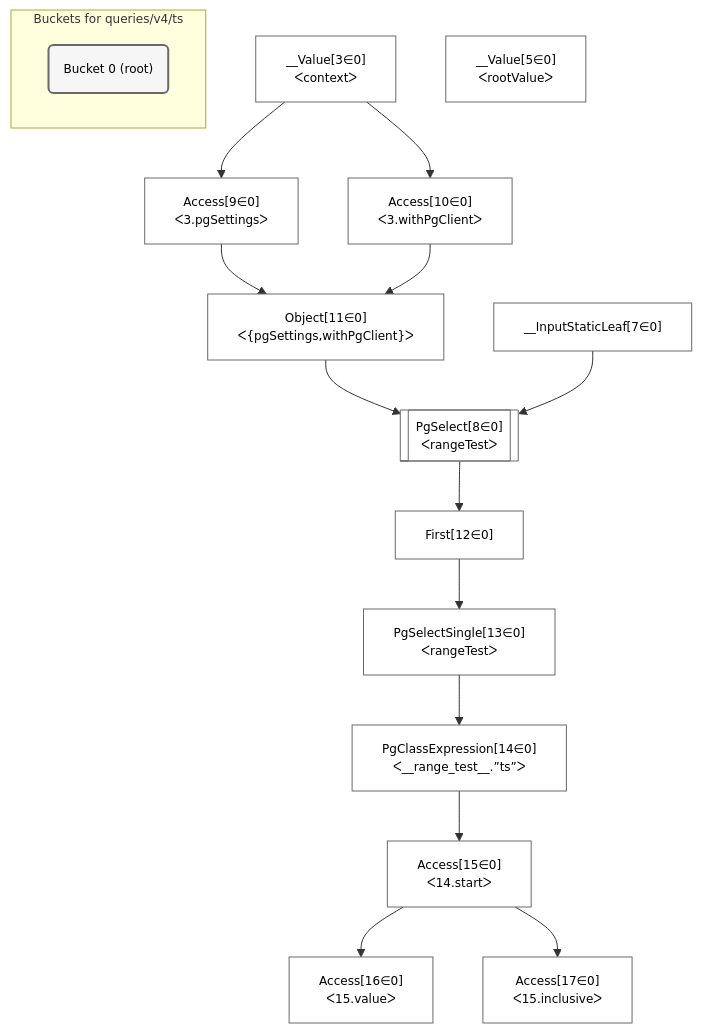
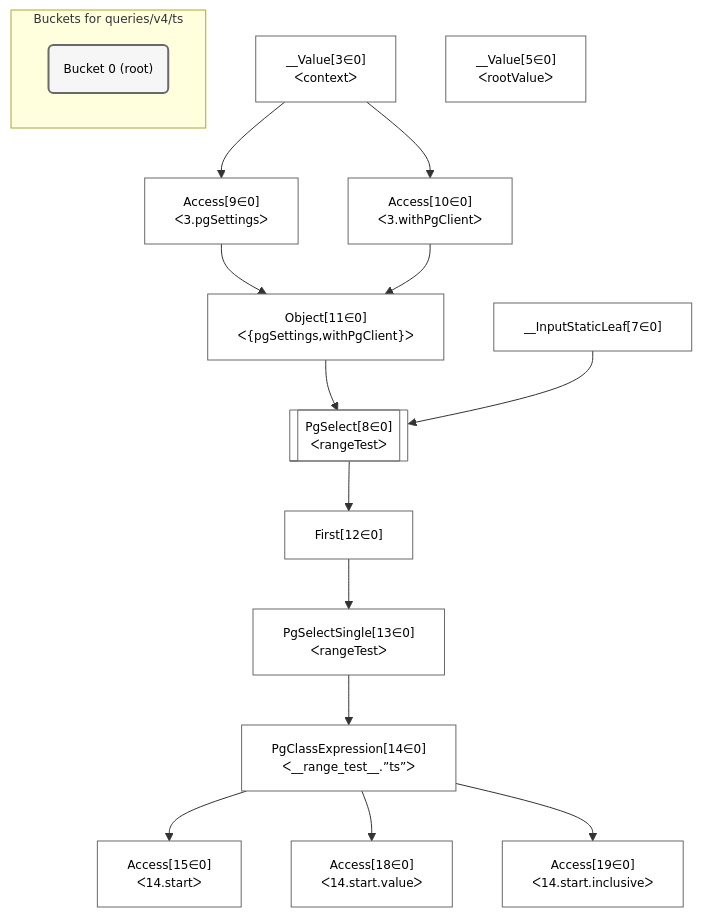
One commit to graphile/crystal changed the diagram in postgraphile/postgraphile/__tests__/queries/v4/ts.mermaid. Above: the diagram before and after it, drawn with Mermaid. The commit also changed 11 other files, not shown here.

Commit message:
Update mermaid plans

```diff
--- a/postgraphile/postgraphile/__tests__/queries/v4/ts.mermaid
+++ b/postgraphile/postgraphile/__tests__/queries/v4/ts.mermaid
@@ -1,41 +1,41 @@
 %%{init: {'themeVariables': { 'fontSize': '12px'}}}%%
 graph TD
     classDef path fill:#eee,stroke:#000,color:#000
     classDef plan fill:#fff,stroke-width:1px,color:#000
     classDef itemplan fill:#fff,stroke-width:2px,color:#000
     classDef sideeffectplan fill:#f00,stroke-width:2px,color:#000
     classDef bucket fill:#f6f6f6,color:#000,stroke-width:2px,text-align:left
 
 
     %% define steps
     __Value3["__Value[3∈0]<br />ᐸcontextᐳ"]:::plan
     __Value5["__Value[5∈0]<br />ᐸrootValueᐳ"]:::plan
     __InputStaticLeaf7["__InputStaticLeaf[7∈0]"]:::plan
     Access9["Access[9∈0]<br />ᐸ3.pgSettingsᐳ"]:::plan
     Access10["Access[10∈0]<br />ᐸ3.withPgClientᐳ"]:::plan
     Object11["Object[11∈0]<br />ᐸ{pgSettings,withPgClient}ᐳ"]:::plan
     PgSelect8[["PgSelect[8∈0]<br />ᐸrangeTestᐳ"]]:::plan
     First12["First[12∈0]"]:::plan
     PgSelectSingle13["PgSelectSingle[13∈0]<br />ᐸrangeTestᐳ"]:::plan
     PgClassExpression14["PgClassExpression[14∈0]<br />ᐸ__range_test__.”ts”ᐳ"]:::plan
     Access15["Access[15∈0]<br />ᐸ14.startᐳ"]:::plan
-    Access16["Access[16∈0]<br />ᐸ15.valueᐳ"]:::plan
-    Access17["Access[17∈0]<br />ᐸ15.inclusiveᐳ"]:::plan
+    Access18["Access[18∈0]<br />ᐸ14.start.valueᐳ"]:::plan
+    Access19["Access[19∈0]<br />ᐸ14.start.inclusiveᐳ"]:::plan
 
     %% plan dependencies
     __Value3 --> Access9
     __Value3 --> Access10
     Access9 & Access10 --> Object11
     Object11 & __InputStaticLeaf7 --> PgSelect8
     PgSelect8 --> First12
     First12 --> PgSelectSingle13
     PgSelectSingle13 --> PgClassExpression14
     PgClassExpression14 --> Access15
-    Access15 --> Access16
-    Access15 --> Access17
+    PgClassExpression14 --> Access18
+    PgClassExpression14 --> Access19
 
     subgraph "Buckets for queries/v4/ts"
     Bucket0("Bucket 0 (root)"):::bucket
     classDef bucket0 stroke:#696969
-    class Bucket0,__Value3,__Value5,__InputStaticLeaf7,PgSelect8,Access9,Access10,Object11,First12,PgSelectSingle13,PgClassExpression14,Access15,Access16,Access17 bucket0
+    class Bucket0,__Value3,__Value5,__InputStaticLeaf7,PgSelect8,Access9,Access10,Object11,First12,PgSelectSingle13,PgClassExpression14,Access15,Access18,Access19 bucket0
     end
```
